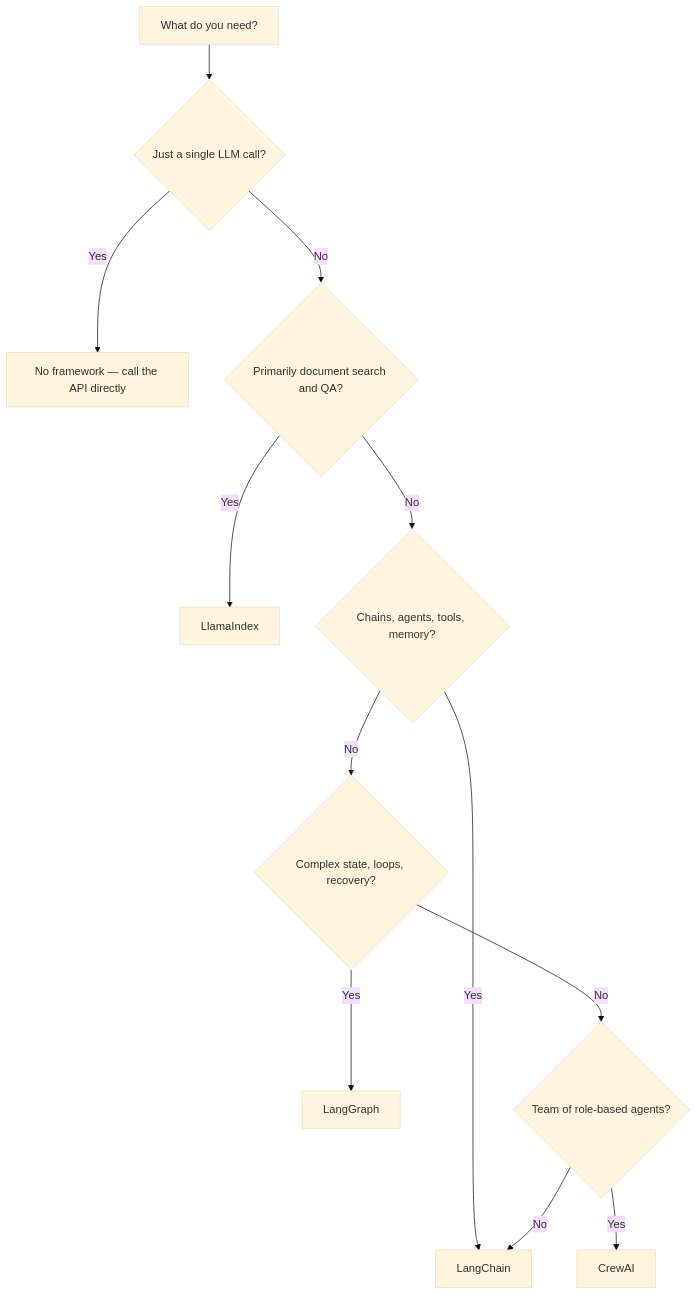
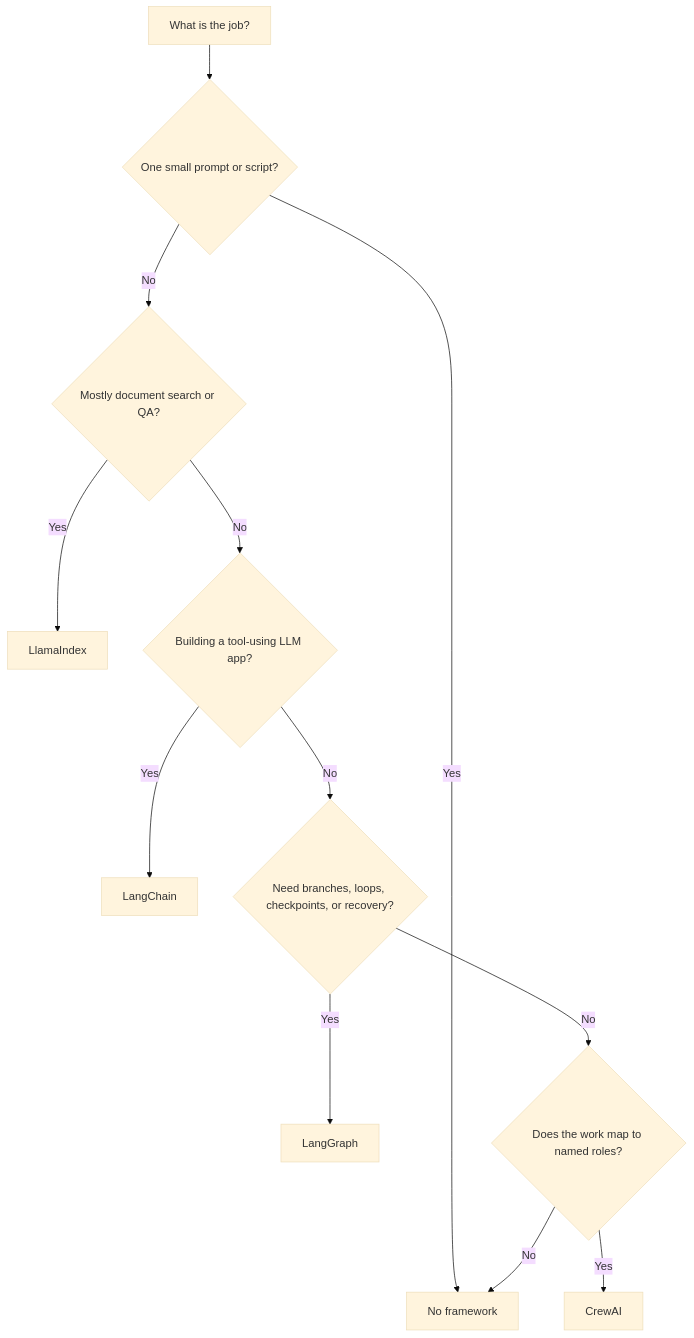
One commit to Prompthon-IO/agent-systems-handbook changed the diagram in ecosystem/framework-comparison.mdx. Above: the diagram before and after it, drawn with Mermaid (base theme). The commit also changed other lines of this file and 1 other file, not shown here.

Commit message:
docs: update framework comparison guide with new titles, links, and clearer analogies

````diff
--- a/ecosystem/framework-comparison.mdx
+++ b/ecosystem/framework-comparison.mdx
@@ -70,14 +75,14 @@
 ```mermaid
 flowchart TD
-  Start["What do you need?"] --> Q1{"Just a single LLM call?"}
-  Q1 -- Yes --> NoFW["No framework — call the API directly"]
-  Q1 -- No --> Q2{"Primarily document search and QA?"}
+  Start["What is the job?"] --> Q1{"One small prompt or script?"}
+  Q1 -- Yes --> NoFW["No framework"]
+  Q1 -- No --> Q2{"Mostly document search or QA?"}
   Q2 -- Yes --> LI["LlamaIndex"]
-  Q2 -- No --> Q3{"Chains, agents, tools, memory?"}
+  Q2 -- No --> Q3{"Building a tool-using LLM app?"}
   Q3 -- Yes --> LC["LangChain"]
-  Q3 -- No --> Q4{"Complex state, loops, recovery?"}
+  Q3 -- No --> Q4{"Need branches, loops, checkpoints, or recovery?"}
   Q4 -- Yes --> LG["LangGraph"]
-  Q4 -- No --> Q5{"Team of role-based agents?"}
+  Q4 -- No --> Q5{"Does the work map to named roles?"}
   Q5 -- Yes --> CA["CrewAI"]
-  Q5 -- No --> LC
+  Q5 -- No --> NoFW
 ```
````
